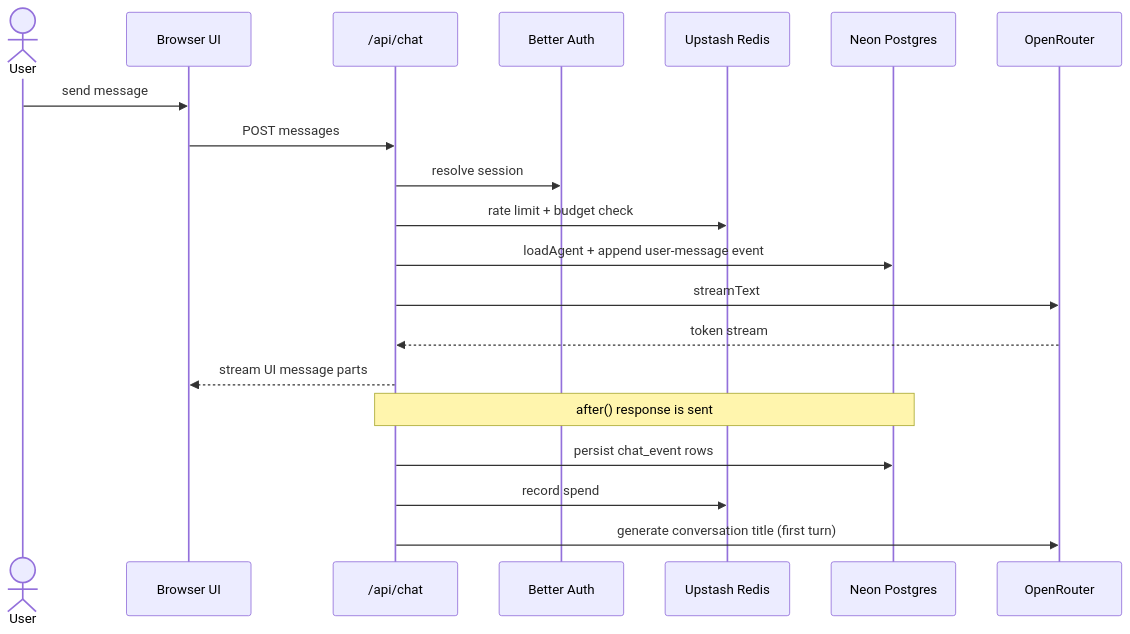
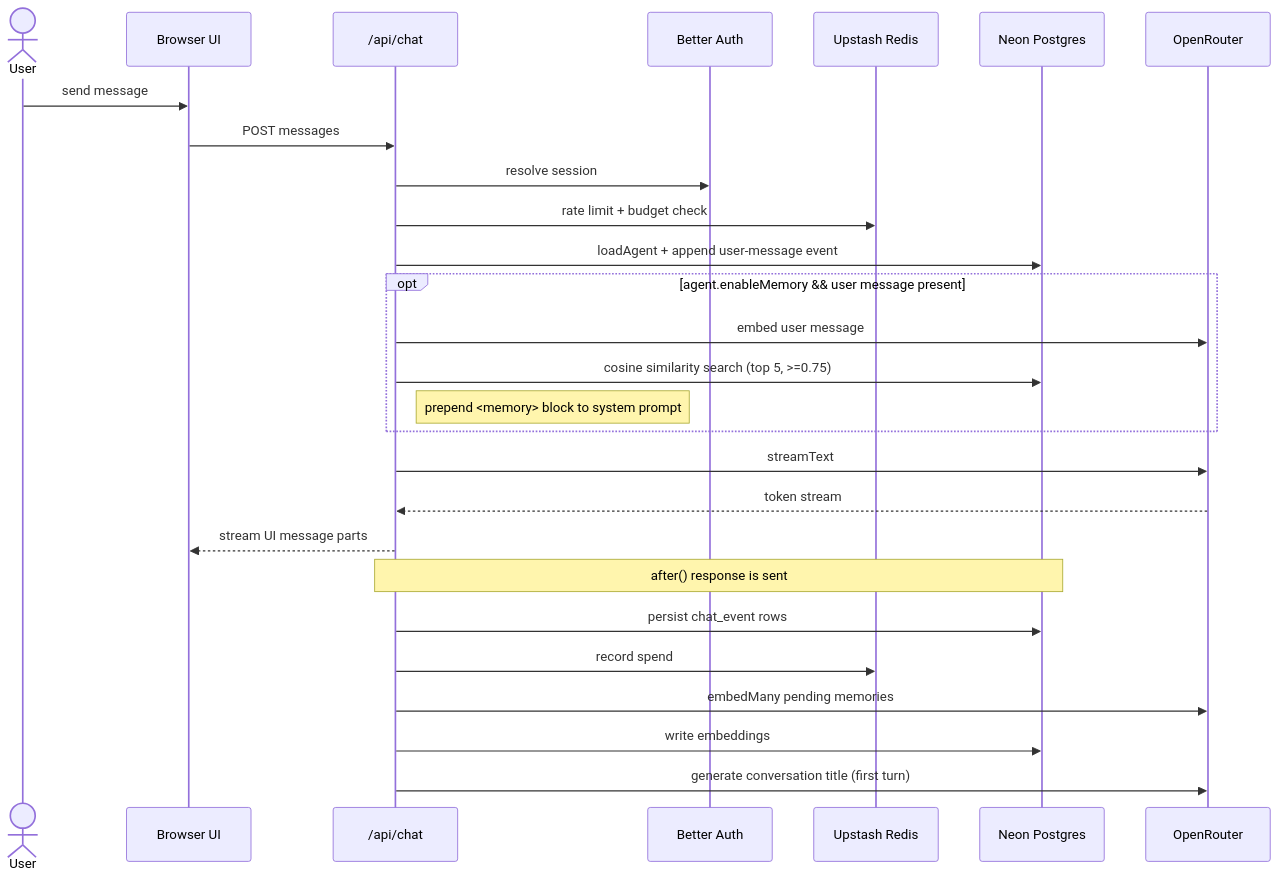
Before and after one commit to jimmy-guzman/comal.dev: the second of 5 diagrams in ARCHITECTURE.md, drawn with Mermaid. The commit also changed other lines of this file and 1 other file, not shown here.

First line of the commit message:
feat: ✨ surface /memories in sidebar; expand arch diagrams

````diff
--- a/ARCHITECTURE.md
+++ b/ARCHITECTURE.md
@@ -30,23 +30,30 @@
 ```mermaid
 sequenceDiagram
   actor User
   participant UI as Browser UI
   participant API as /api/chat
   participant Auth as Better Auth
   participant Redis as Upstash Redis
   participant DB as Neon Postgres
   participant LLM as OpenRouter
 
   User->>UI: send message
   UI->>API: POST messages
   API->>Auth: resolve session
   API->>Redis: rate limit + budget check
   API->>DB: loadAgent + append user-message event
+  opt agent.enableMemory && user message present
+    API->>LLM: embed user message
+    API->>DB: cosine similarity search (top 5, >=0.75)
+    Note right of API: prepend <memory> block to system prompt
+  end
   API->>LLM: streamText
   LLM-->>API: token stream
   API-->>UI: stream UI message parts
   Note over API,DB: after() response is sent
   API->>DB: persist chat_event rows
   API->>Redis: record spend
+  API->>LLM: embedMany pending memories
+  API->>DB: write embeddings
   API->>LLM: generate conversation title (first turn)
 ```
````
